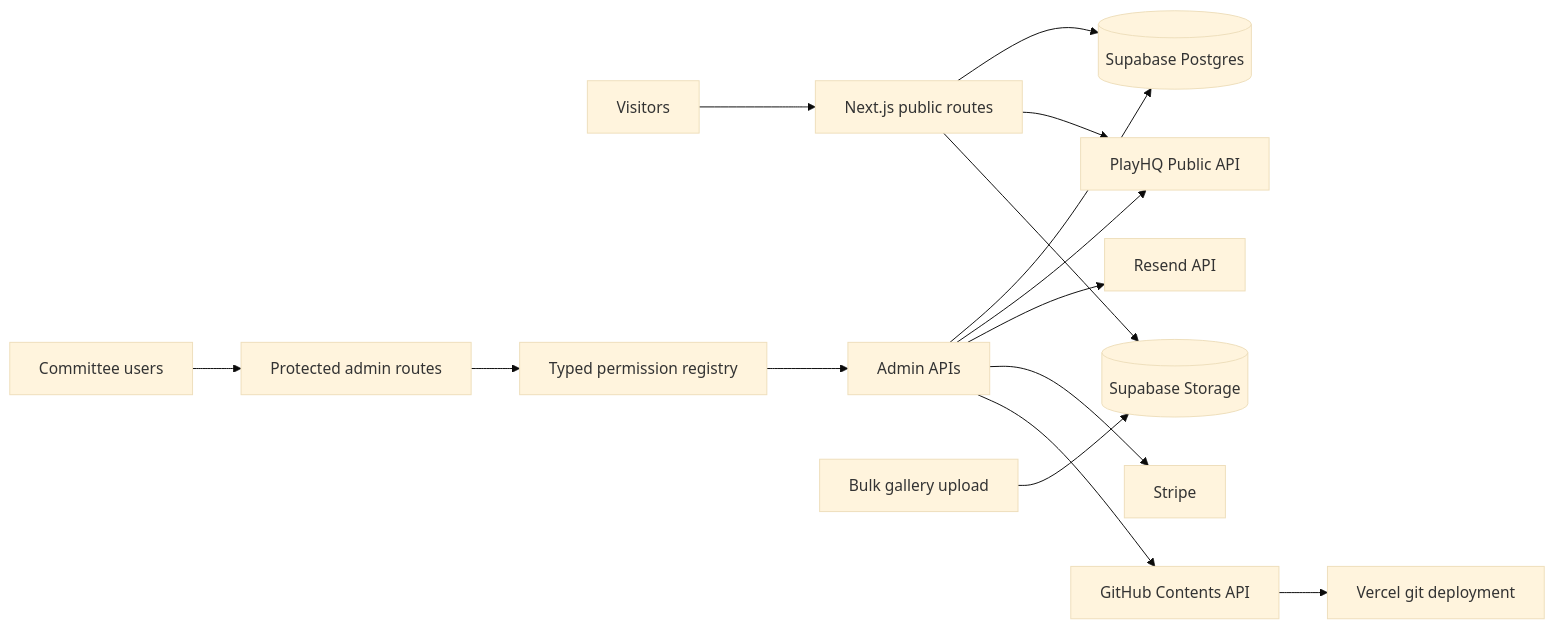
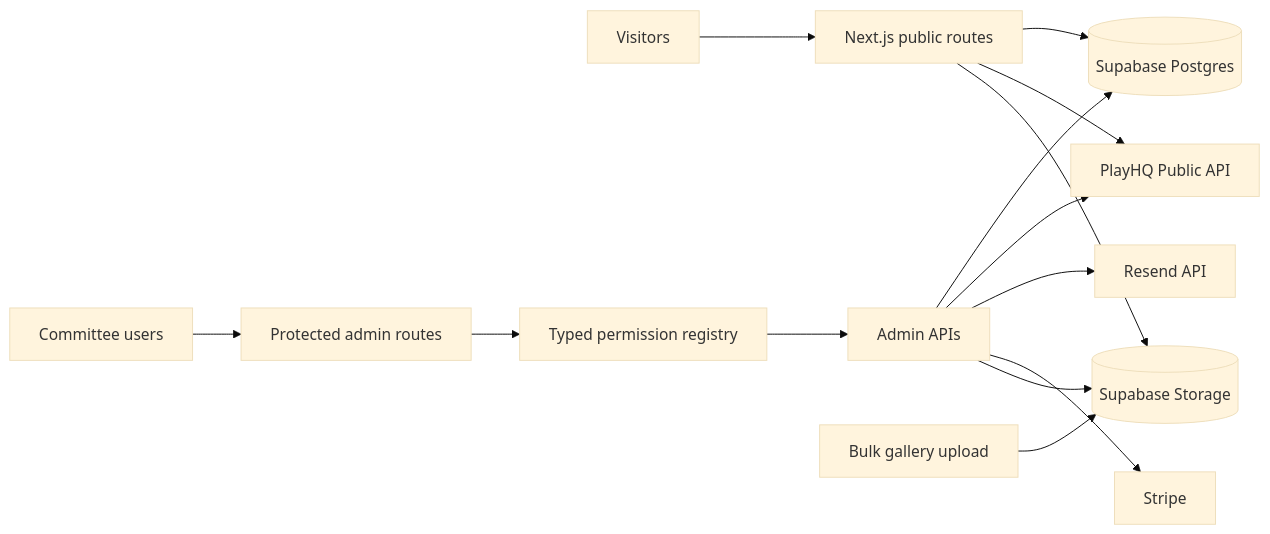
Before and after one commit to Sajeevanveeriah/ndcc-website: the diagram in README.md, drawn with Mermaid (base theme). The commit also changed other lines of this file and 310 other files, not shown here.

````diff
--- a/README.md
+++ b/README.md
@@ -40,21 +40,20 @@
 ```mermaid
 flowchart LR
     V[Visitors] --> N[Next.js public routes]
     C[Committee users] --> A[Protected admin routes]
     A --> P[Typed permission registry]
     P --> R[Admin APIs]
 
     N --> S[(Supabase Postgres)]
     R --> S
 
     N --> H[PlayHQ Public API]
     R --> H
 
     R --> E[Resend API]
     R --> T[Stripe]
-    R --> G[GitHub Contents API]
-    G --> D[Vercel git deployment]
+    R --> ST[(Supabase Storage)]
 
-    B[Bulk gallery upload] --> ST[(Supabase Storage)]
+    B[Bulk gallery upload] --> ST
     N --> ST
 ```
````
